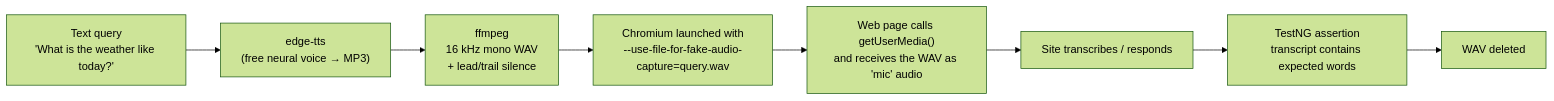
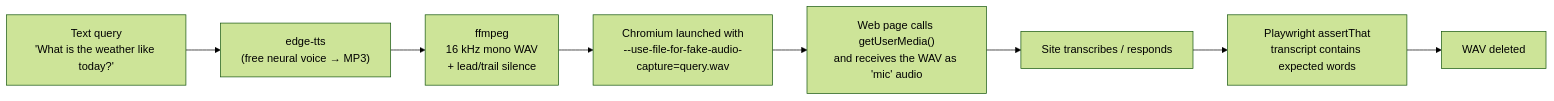
Before and after one commit to ashwinitodewar491/voice-bot-automation: the diagram in README.md, drawn with Mermaid (forest theme). The commit also changed other lines of this file and 1 other file, not shown here.

Commit message:
Use Playwright locators and assertions only in test cases

````diff
--- a/README.md
+++ b/README.md
@@ -15,10 +15,10 @@
 ```mermaid
 flowchart LR
     A["Text query<br/>'What is the weather like today?'"] --> B["edge-tts<br/>(free neural voice → MP3)"]
     B --> C["ffmpeg<br/>16 kHz mono WAV<br/>+ lead/trail silence"]
     C --> D["Chromium launched with<br/>--use-file-for-fake-audio-capture=query.wav"]
     D --> E["Web page calls getUserMedia()<br/>and receives the WAV as 'mic' audio"]
     E --> F["Site transcribes / responds"]
-    F --> G["TestNG assertion<br/>transcript contains expected words"]
+    F --> G["Playwright assertThat<br/>transcript contains expected words"]
     G --> H["WAV deleted"]
 ```
````
